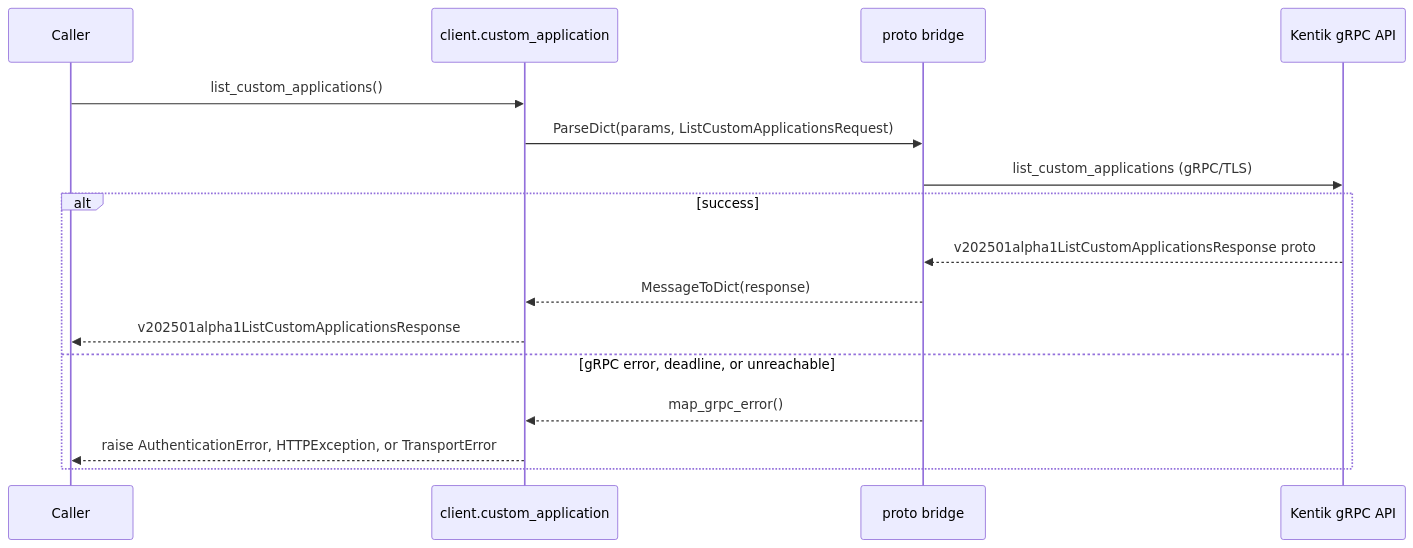
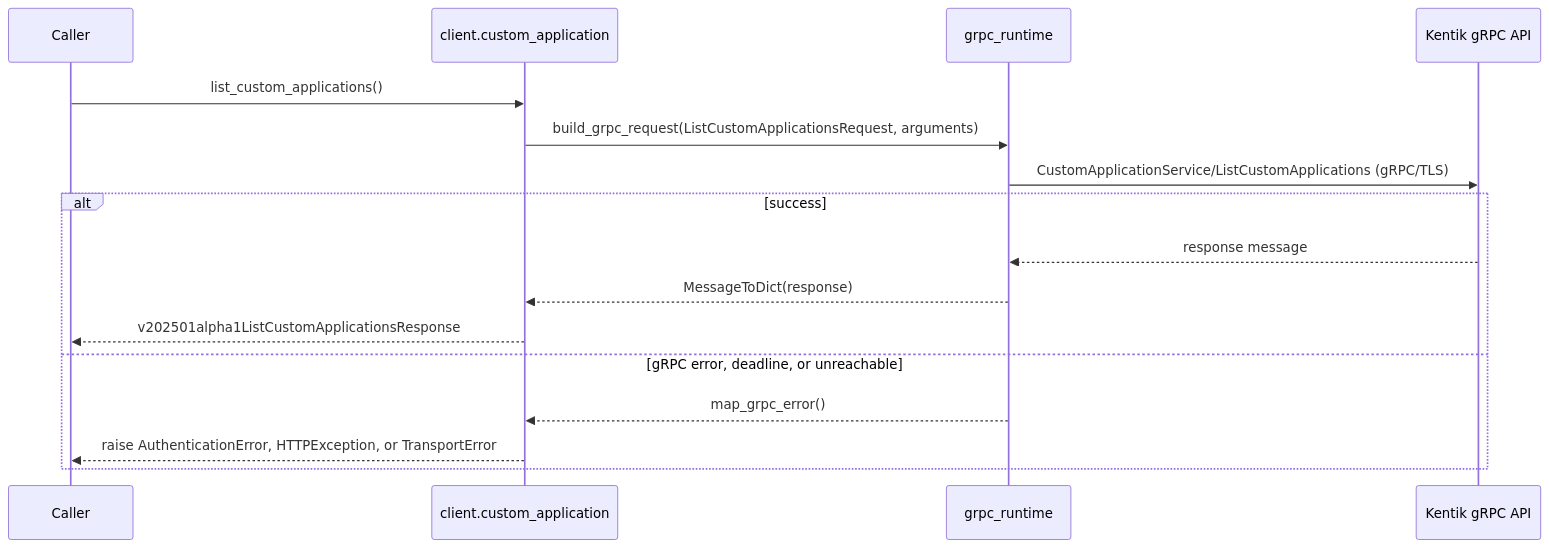
Before and after one commit to alexdearaujo/community_sdk_python: the third of 12 diagrams in docs/sphinx/services/custom_application.md, drawn with Mermaid. The commit also changed other lines of this file and 37 other files, not shown here.

First line of the commit message:
docs: show the real RPC in each service page's gRPC diagram

````diff
--- a/docs/sphinx/services/custom_application.md
+++ b/docs/sphinx/services/custom_application.md
@@ -59,19 +59,19 @@
 ```mermaid
 sequenceDiagram
     participant C as Caller
     participant W as client.custom_application
-    participant B as proto bridge
+    participant R as grpc_runtime
     participant API as Kentik gRPC API
 
     C->>W: list_custom_applications()
-    W->>B: ParseDict(params, ListCustomApplicationsRequest)
-    B->>API: list_custom_applications (gRPC/TLS)
+    W->>R: build_grpc_request(ListCustomApplicationsRequest, arguments)
+    R->>API: CustomApplicationService/ListCustomApplications (gRPC/TLS)
     alt success
-        API-->>B: v202501alpha1ListCustomApplicationsResponse proto
-        B-->>W: MessageToDict(response)
+        API-->>R: response message
+        R-->>W: MessageToDict(response)
         W-->>C: v202501alpha1ListCustomApplicationsResponse
     else gRPC error, deadline, or unreachable
-        B-->>W: map_grpc_error()
+        R-->>W: map_grpc_error()
         W-->>C: raise AuthenticationError, HTTPException, or TransportError
     end
 ```
````
